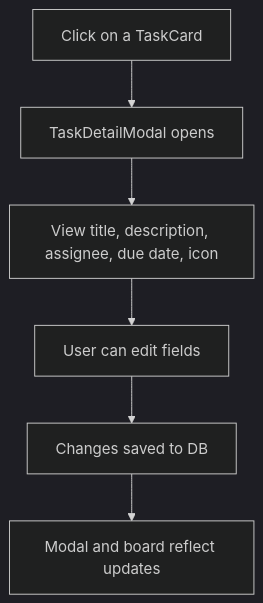
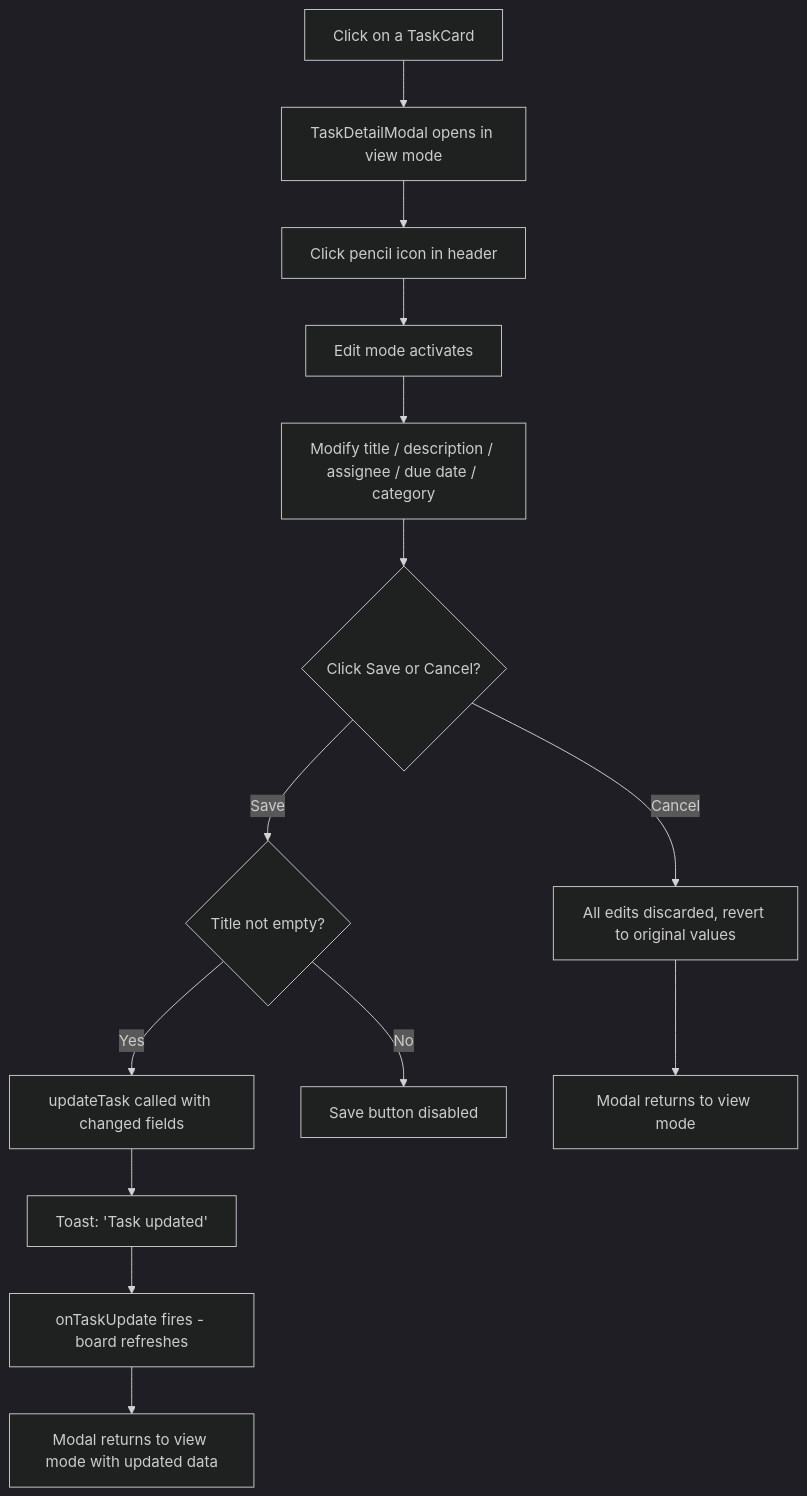
One commit to PrakritOjha/flowlink-tasks changed diagram 12 of 31 in userflow.md. Above: the diagram before and after it, drawn with Mermaid (dark theme). The commit also changed other lines of this file and 4 other files, not shown here.

First line of the commit message:
feat: Update user flow documentation with detailed steps for account creation, sign in, and board management

````diff
--- a/userflow.md
+++ b/userflow.md
@@ -123,8 +172,16 @@
 ```mermaid
 flowchart TD
-    A[Click on a TaskCard] --> B[TaskDetailModal opens]
-    B --> C[View title, description, assignee, due date, icon]
-    C --> D[User can edit fields]
-    D --> E[Changes saved to DB]
-    E --> F[Modal and board reflect updates]
+    A[Click on a TaskCard] --> B[TaskDetailModal opens in view mode]
+    B --> C[Click pencil icon in header]
+    C --> D[Edit mode activates]
+    D --> E[Modify title / description / assignee / due date / category]
+    E --> F{Click Save or Cancel?}
+    F -- Save --> G{Title not empty?}
+    G -- Yes --> H[updateTask called with changed fields]
+    H --> I[Toast: 'Task updated']
+    I --> J[onTaskUpdate fires - board refreshes]
+    J --> K[Modal returns to view mode with updated data]
+    G -- No --> L[Save button disabled]
+    F -- Cancel --> M[All edits discarded, revert to original values]
+    M --> N[Modal returns to view mode]
 ```
````
